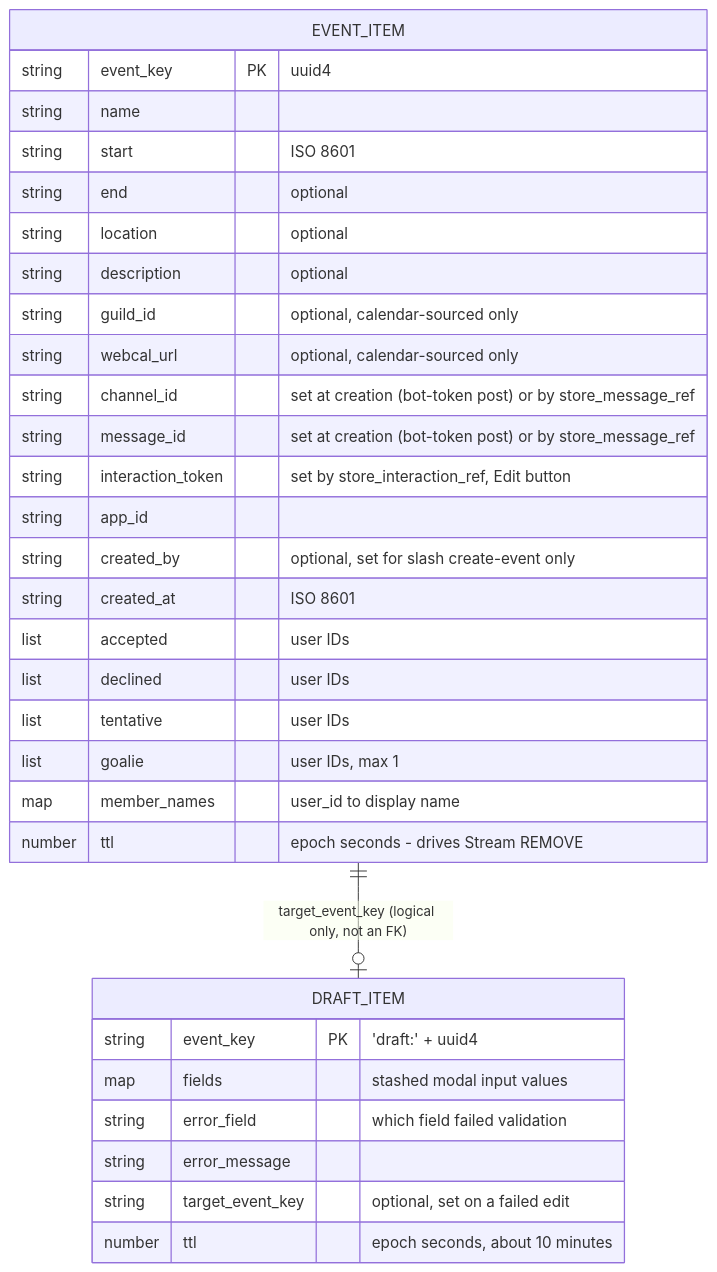
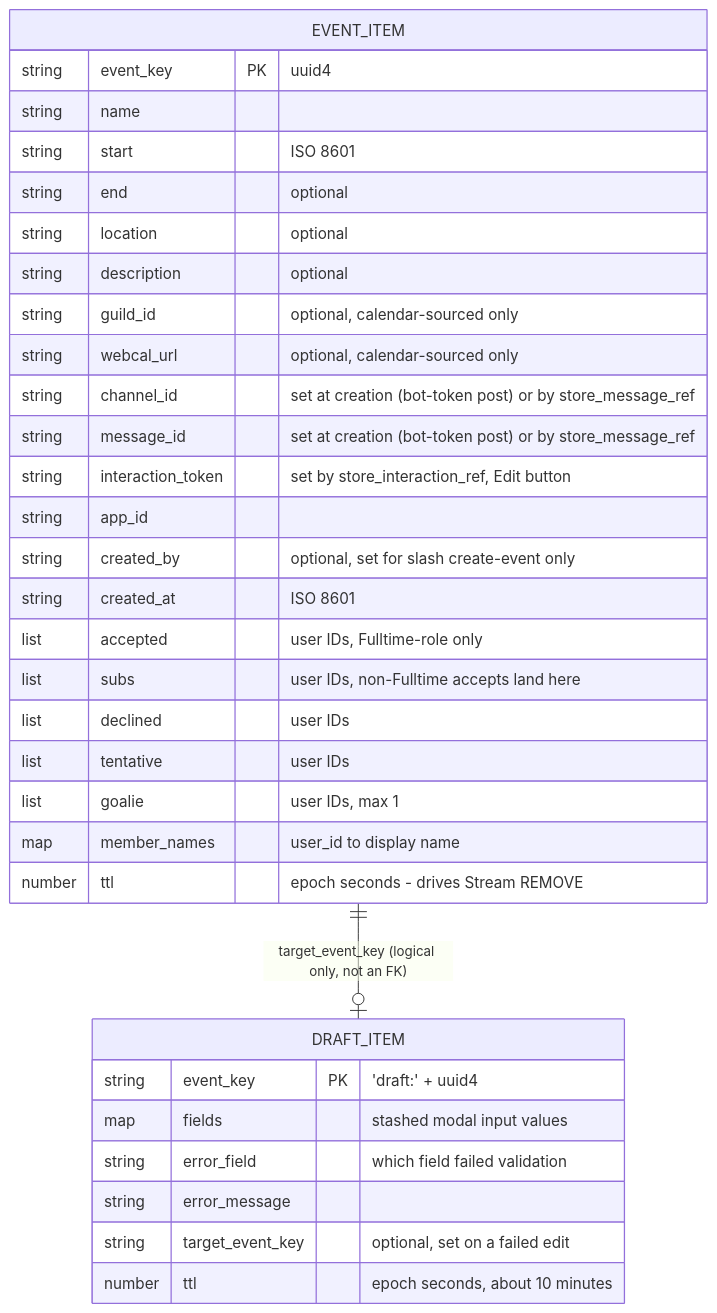
Before and after one commit to marcmaniscalco/BenchBoss: the second of 4 diagrams in docs/ARCHITECTURE.md, drawn with Mermaid. The commit also changed 8 other files, not shown here.

First line of the commit message:
Add a Subs RSVP category for non-Fulltime accepts (#21)

````diff
--- a/docs/ARCHITECTURE.md
+++ b/docs/ARCHITECTURE.md
@@ -147,34 +147,35 @@
 ```mermaid
 erDiagram
     EVENT_ITEM {
         string event_key PK "uuid4"
         string name
         string start "ISO 8601"
         string end "optional"
         string location "optional"
         string description "optional"
         string guild_id "optional, calendar-sourced only"
         string webcal_url "optional, calendar-sourced only"
         string channel_id "set at creation (bot-token post) or by store_message_ref"
         string message_id "set at creation (bot-token post) or by store_message_ref"
         string interaction_token "set by store_interaction_ref, Edit button"
         string app_id
         string created_by "optional, set for slash create-event only"
         string created_at "ISO 8601"
-        list accepted "user IDs"
+        list accepted "user IDs, Fulltime-role only"
+        list subs "user IDs, non-Fulltime accepts land here"
         list declined "user IDs"
         list tentative "user IDs"
         list goalie "user IDs, max 1"
         map member_names "user_id to display name"
         number ttl "epoch seconds - drives Stream REMOVE"
     }
     DRAFT_ITEM {
         string event_key PK "'draft:' + uuid4"
         map fields "stashed modal input values"
         string error_field "which field failed validation"
         string error_message
         string target_event_key "optional, set on a failed edit"
         number ttl "epoch seconds, about 10 minutes"
     }
     EVENT_ITEM ||--o| DRAFT_ITEM : "target_event_key (logical only, not an FK)"
 ```
````
